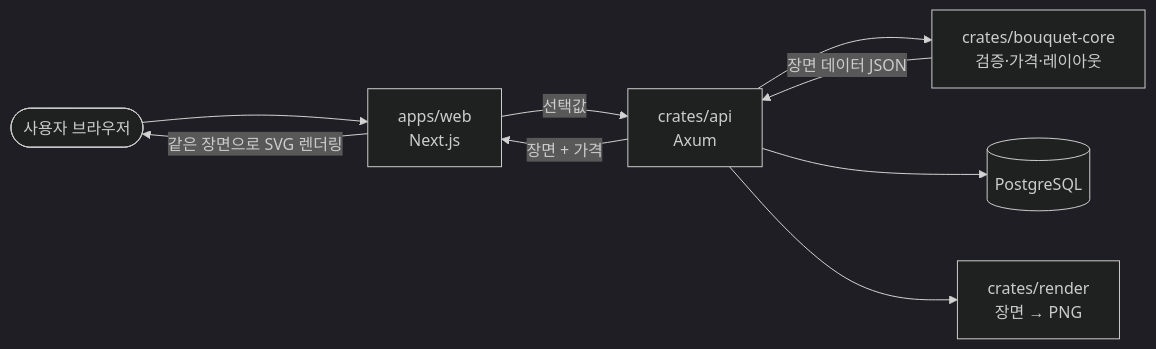
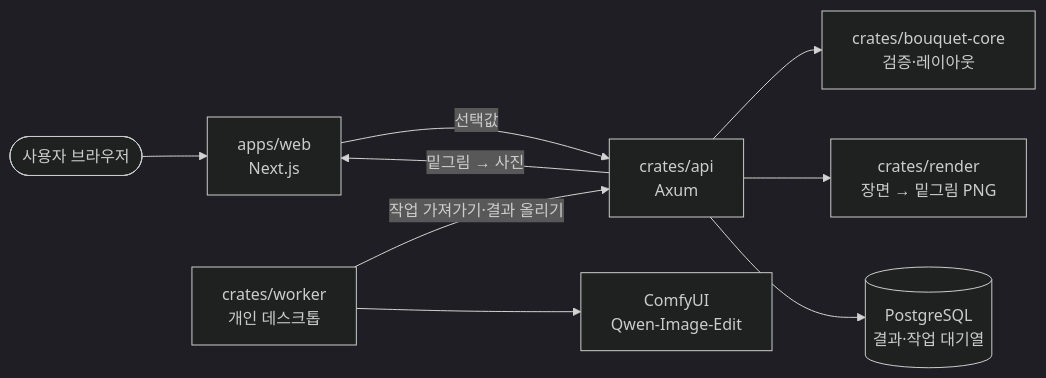
Before and after one commit to ParkSangBong/posy: the diagram in README.md, drawn with Mermaid (dark theme). The commit also changed other lines of this file and 1 other file, not shown here.

````diff
--- a/README.md
+++ b/README.md
@@ -34,11 +34,11 @@
 ```mermaid
 flowchart LR
   user([사용자 브라우저]) --> web[apps/web<br/>Next.js]
   web -->|선택값| api[crates/api<br/>Axum]
-  api --> core[crates/bouquet-core<br/>검증·가격·레이아웃]
-  api --> db[(PostgreSQL)]
-  api --> render[crates/render<br/>장면 → PNG]
-  core -->|장면 데이터 JSON| api
-  api -->|장면 + 가격| web
-  web -->|같은 장면으로 SVG 렌더링| user
+  api --> core[crates/bouquet-core<br/>검증·레이아웃]
+  api --> render[crates/render<br/>장면 → 밑그림 PNG]
+  api --> db[(PostgreSQL<br/>결과·작업 대기열)]
+  worker[crates/worker<br/>개인 데스크톱] -->|작업 가져가기·결과 올리기| api
+  worker --> comfy[ComfyUI<br/>Qwen-Image-Edit]
+  api -->|밑그림 → 사진| web
 ```
````
